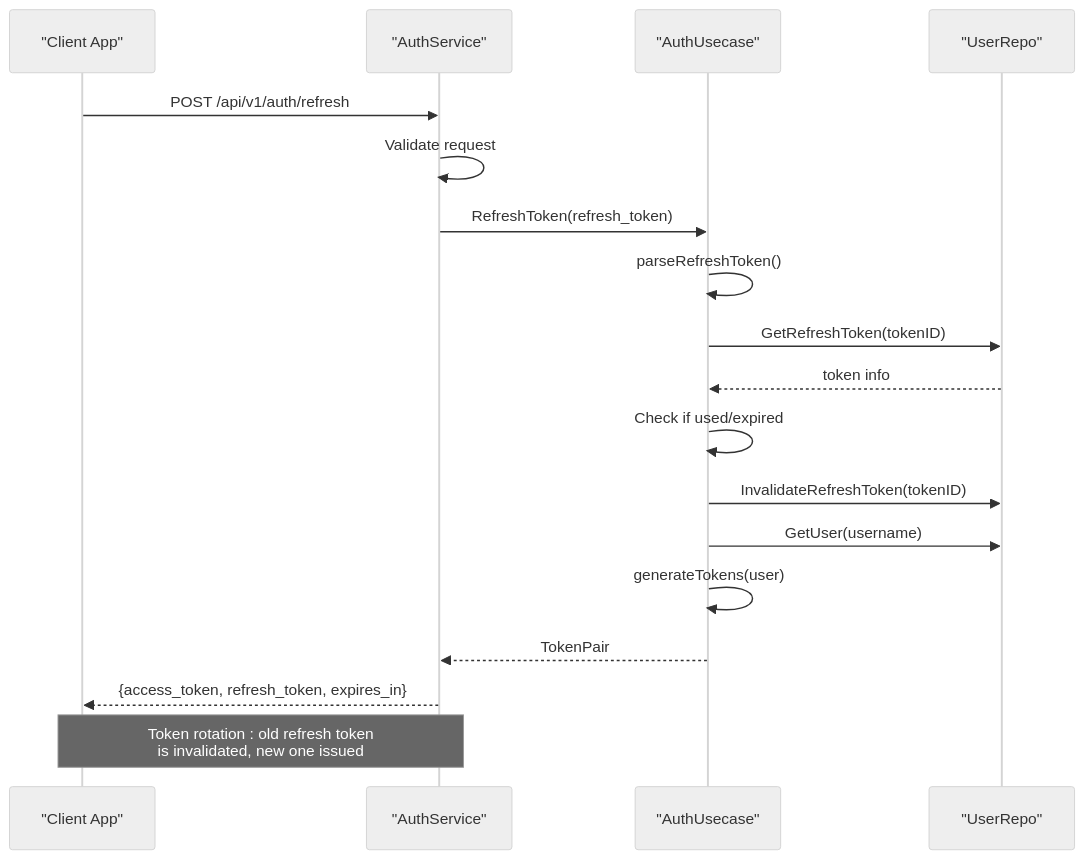
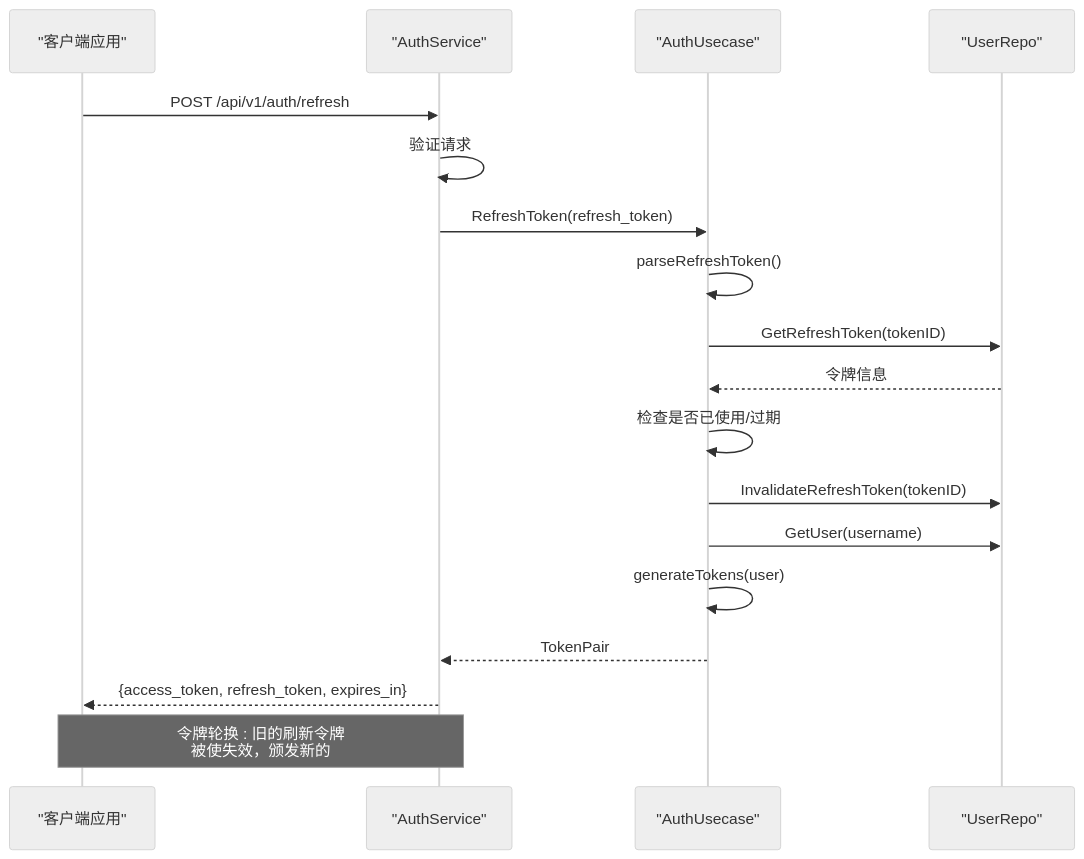
Before and after one commit to 26huitailang/kratos-boilerplate: the diagram in .qoder/repowiki/zh/content/API Reference/Authentication API/Refresh Token.md, drawn with Mermaid (neutral theme). The commit also changed other lines of this file and 31 other files, not shown here.

````diff
--- a/.qoder/repowiki/zh/content/API Reference/Authentication API/Refresh Token.md
+++ b/.qoder/repowiki/zh/content/API Reference/Authentication API/Refresh Token.md
@@ -285,20 +293,20 @@
 ```mermaid
 sequenceDiagram
-participant Client as "Client App"
+participant Client as "客户端应用"
 participant Service as "AuthService"
 participant Usecase as "AuthUsecase"
 participant Repo as "UserRepo"
 Client->>Service : POST /api/v1/auth/refresh
-Service->>Service : Validate request
+Service->>Service : 验证请求
 Service->>Usecase : RefreshToken(refresh_token)
 Usecase->>Usecase : parseRefreshToken()
 Usecase->>Repo : GetRefreshToken(tokenID)
-Repo-->>Usecase : token info
-Usecase->>Usecase : Check if used/expired
+Repo-->>Usecase : 令牌信息
+Usecase->>Usecase : 检查是否已使用/过期
 Usecase->>Repo : InvalidateRefreshToken(tokenID)
 Usecase->>Repo : GetUser(username)
 Usecase->>Usecase : generateTokens(user)
 Usecase-->>Service : TokenPair
 Service-->>Client : {access_token, refresh_token, expires_in}
-Note over Client,Service : Token rotation : old refresh token<br/>is invalidated, new one issued
+Note over Client,Service : 令牌轮换 : 旧的刷新令牌<br/>被使失效，颁发新的
 ```
````
